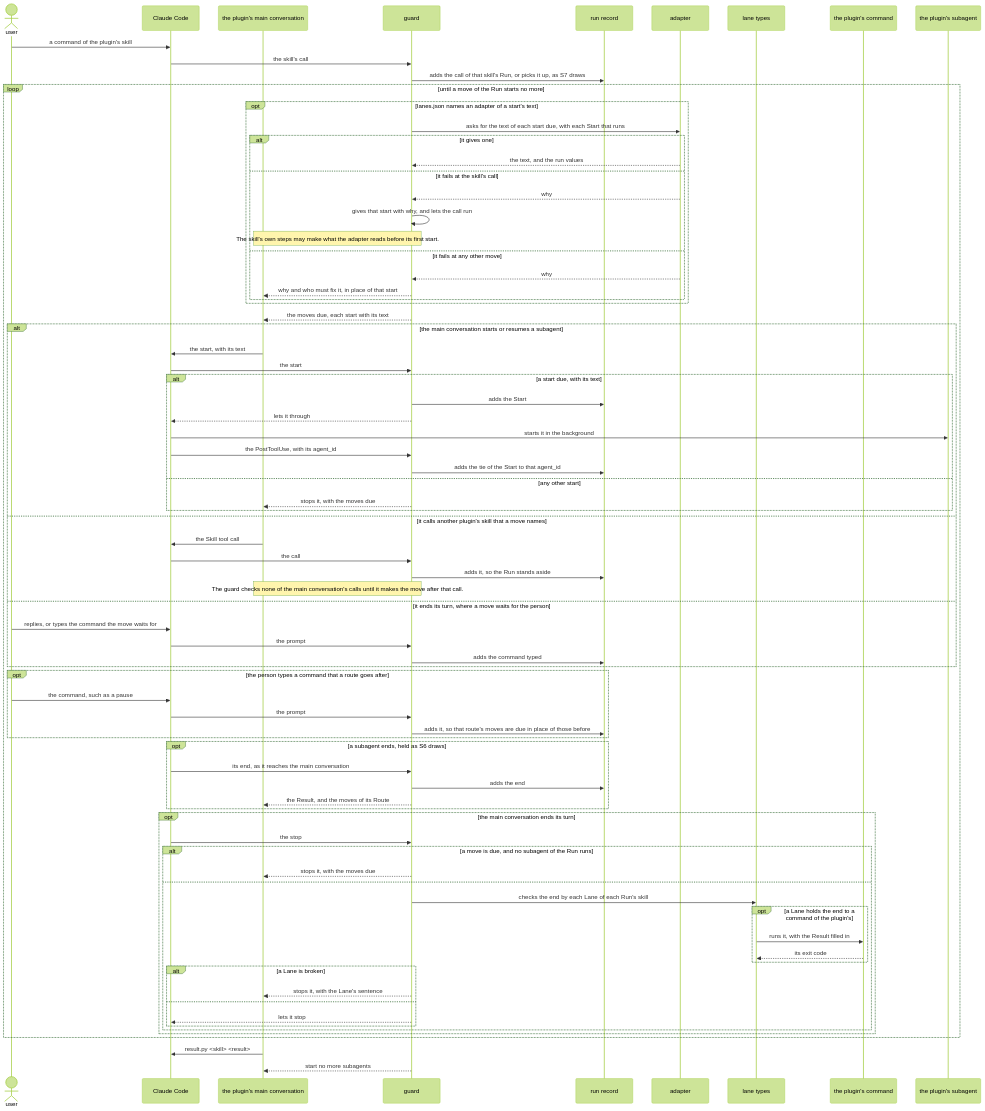
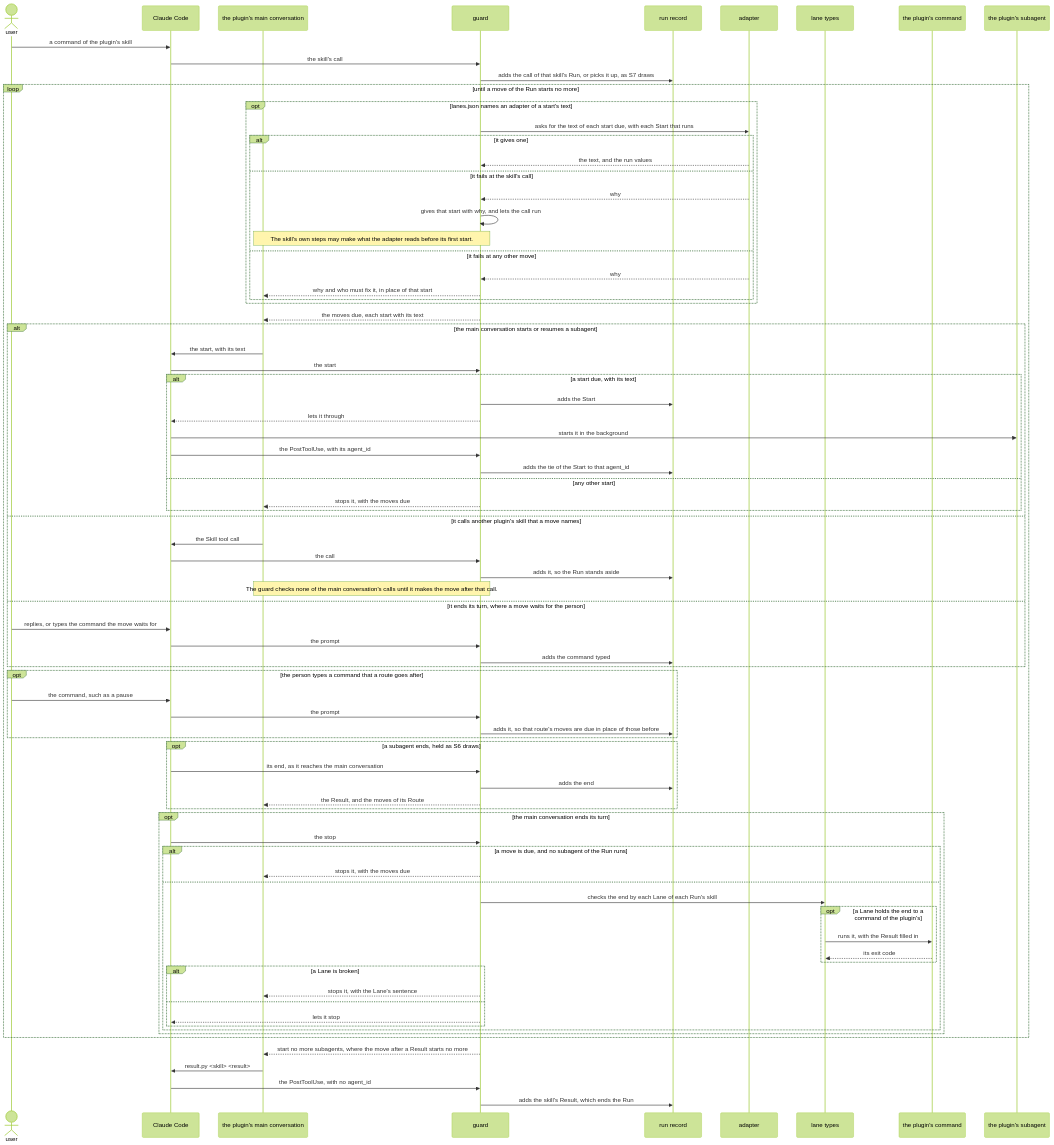
Before and after one commit to lovaizu/ccpm: the fifth of 7 diagrams in dev/lane/architecture.md, drawn with Mermaid (forest theme).

Commit message:
lane's architecture: S5 ends as the walkthrough does, the guard saying to start no more and the main conversation then giving the skill's Result, which ends the Run
Claude-Session: https://claude.ai/code/session_0172CgKgKvhT2KCgXfMaPBwd

````diff
--- a/dev/lane/architecture.md
+++ b/dev/lane/architecture.md
@@ -490,6 +490,8 @@
       end
     end
   end
+  G-->>M: start no more subagents, where the move after a Result starts no more
   M->>CC: result.py <skill> <result>
-  G-->>M: start no more subagents
+  CC->>G: the PostToolUse, with no agent_id
+  G->>RS: adds the skill's Result, which ends the Run
 ```
````
